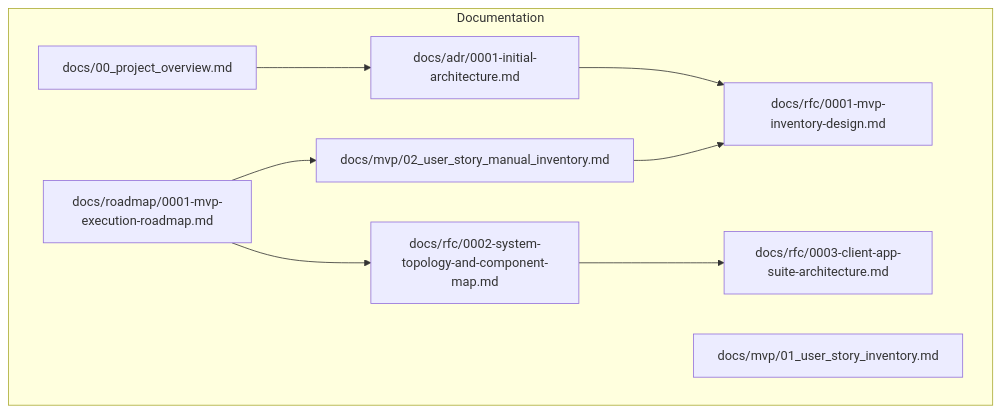
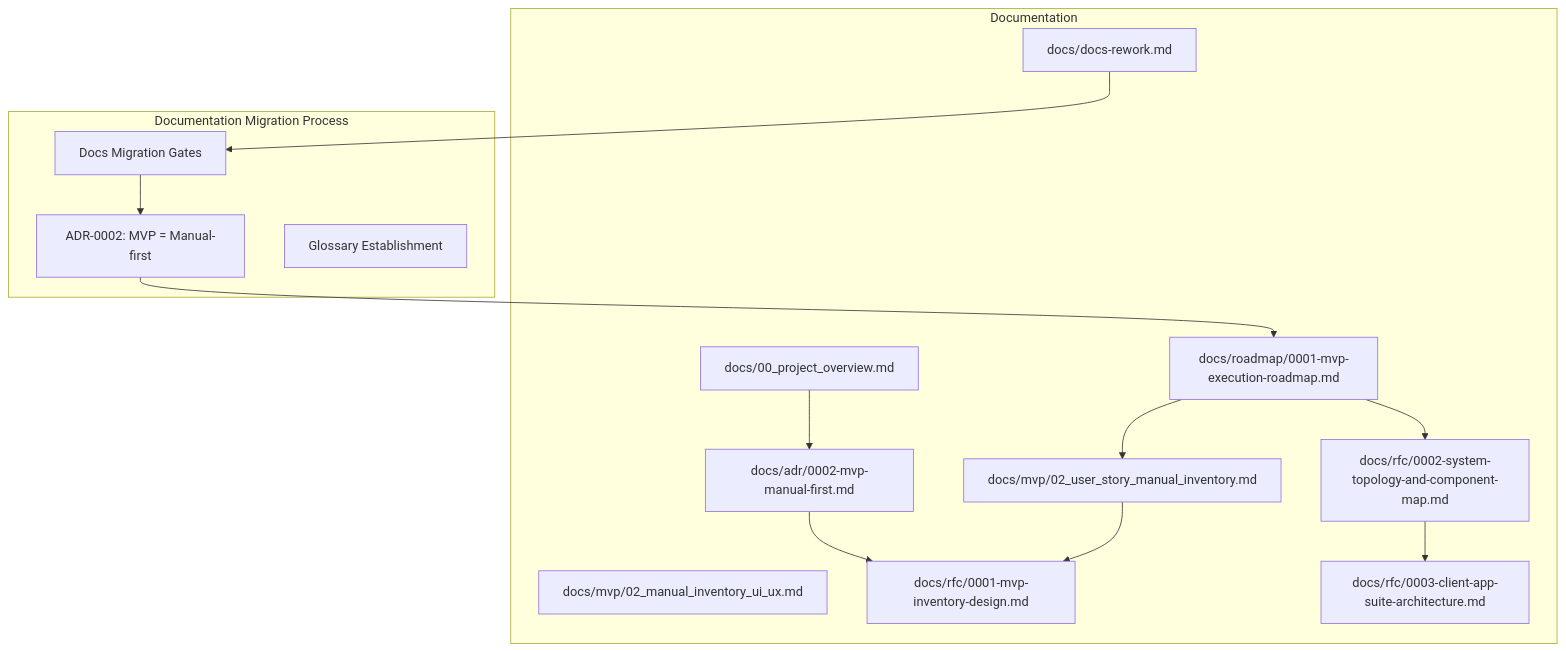
One commit to asukhodko/timeskein changed the first of 4 diagrams in .qoder/repowiki/en/content/Development Roadmap.md. Above: the diagram before and after it, drawn with Mermaid. The commit also changed other lines of this file and 8 other files, not shown here.

First line of the commit message:
docs(architecture): adopt manual-first philosophy as core architectural foundation

````diff
--- a/.qoder/repowiki/en/content/Development Roadmap.md
+++ b/.qoder/repowiki/en/content/Development Roadmap.md
@@ -36,19 +48,28 @@
 ```mermaid
 graph TB
+subgraph "Documentation Migration Process"
+DM1["Docs Migration Gates"]
+DM2["ADR-0002: MVP = Manual-first"]
+DM3["Glossary Establishment"]
+end
 subgraph "Documentation"
 R1["docs/roadmap/0001-mvp-execution-roadmap.md"]
-U1["docs/mvp/01_user_story_inventory.md"]
-U2["docs/mvp/02_user_story_manual_inventory.md"]
-ADR["docs/adr/0001-initial-architecture.md"]
+U1["docs/mvp/02_user_story_manual_inventory.md"]
+U2["docs/mvp/02_manual_inventory_ui_ux.md"]
+ADR["docs/adr/0002-mvp-manual-first.md"]
 RFC1["docs/rfc/0001-mvp-inventory-design.md"]
 RFC2["docs/rfc/0002-system-topology-and-component-map.md"]
 RFC3["docs/rfc/0003-client-app-suite-architecture.md"]
 OVER["docs/00_project_overview.md"]
+REWORK["docs/docs-rework.md"]
 end
-R1 --> U2
+DM1 --> DM2
+DM2 --> R1
+R1 --> U1
 R1 --> RFC2
-U2 --> RFC1
+U1 --> RFC1
 RFC2 --> RFC3
 ADR --> RFC1
 OVER --> ADR
+REWORK --> DM1
 ```
````
